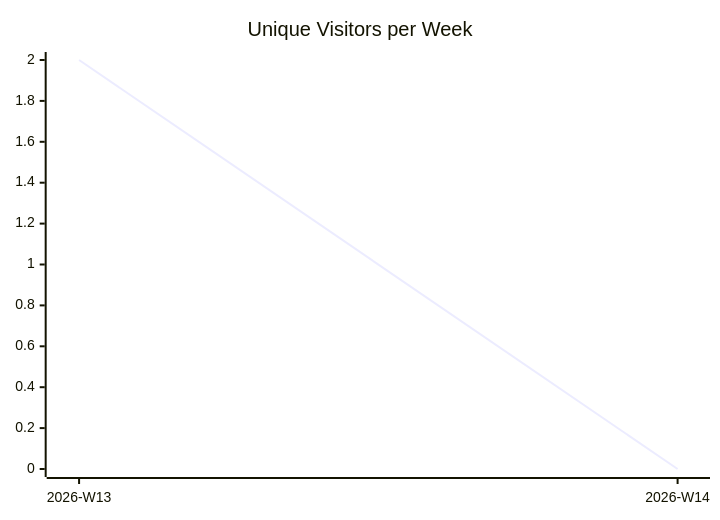
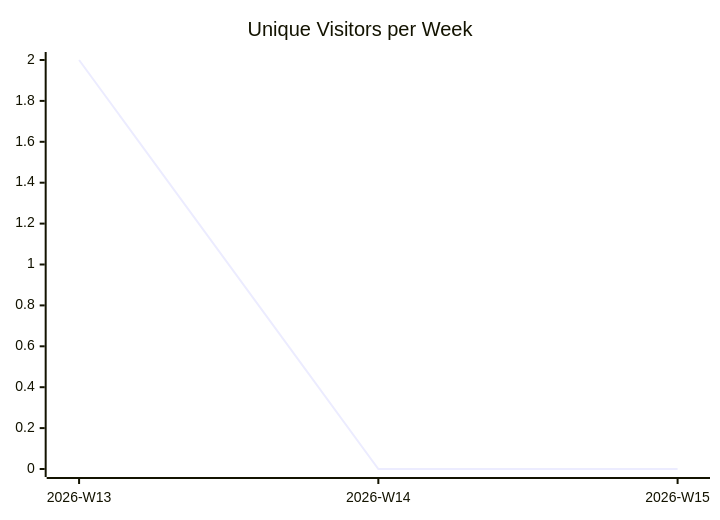
One commit to justdavis-family/github-analytics-data changed the first of 3 diagrams in karlmdavis/kxml2/README.md. Above: the diagram before and after it, drawn with Mermaid. The commit also changed other lines of this file and 190 other files, not shown here.

````diff
--- a/karlmdavis/kxml2/README.md
+++ b/karlmdavis/kxml2/README.md
@@ -5,6 +5,6 @@
 ```mermaid
 xychart-beta
   title "Unique Visitors per Week"
-  x-axis ["2026-W13", "2026-W14"]
-  line [2, 0]
+  x-axis ["2026-W13", "2026-W14", "2026-W15"]
+  line [2, 0, 0]
 ```
````
